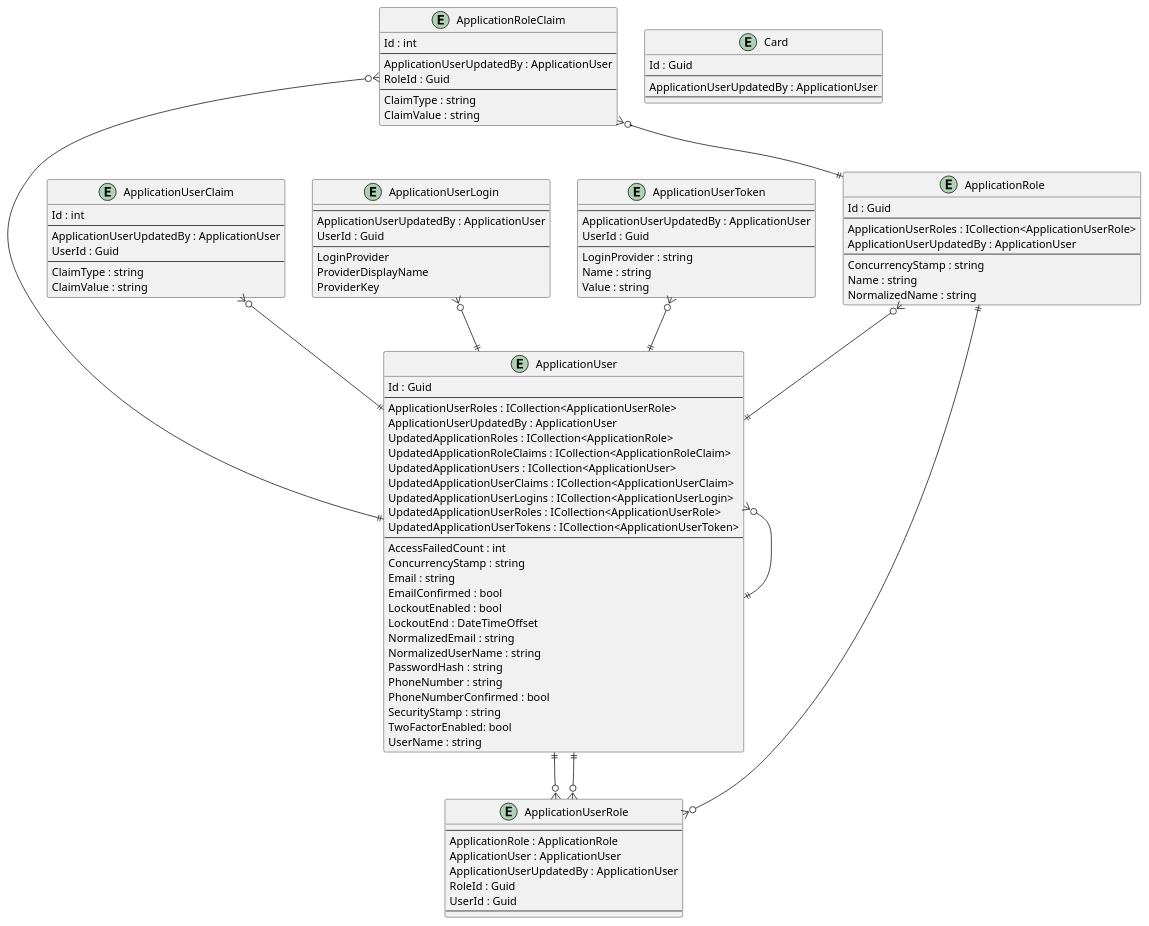
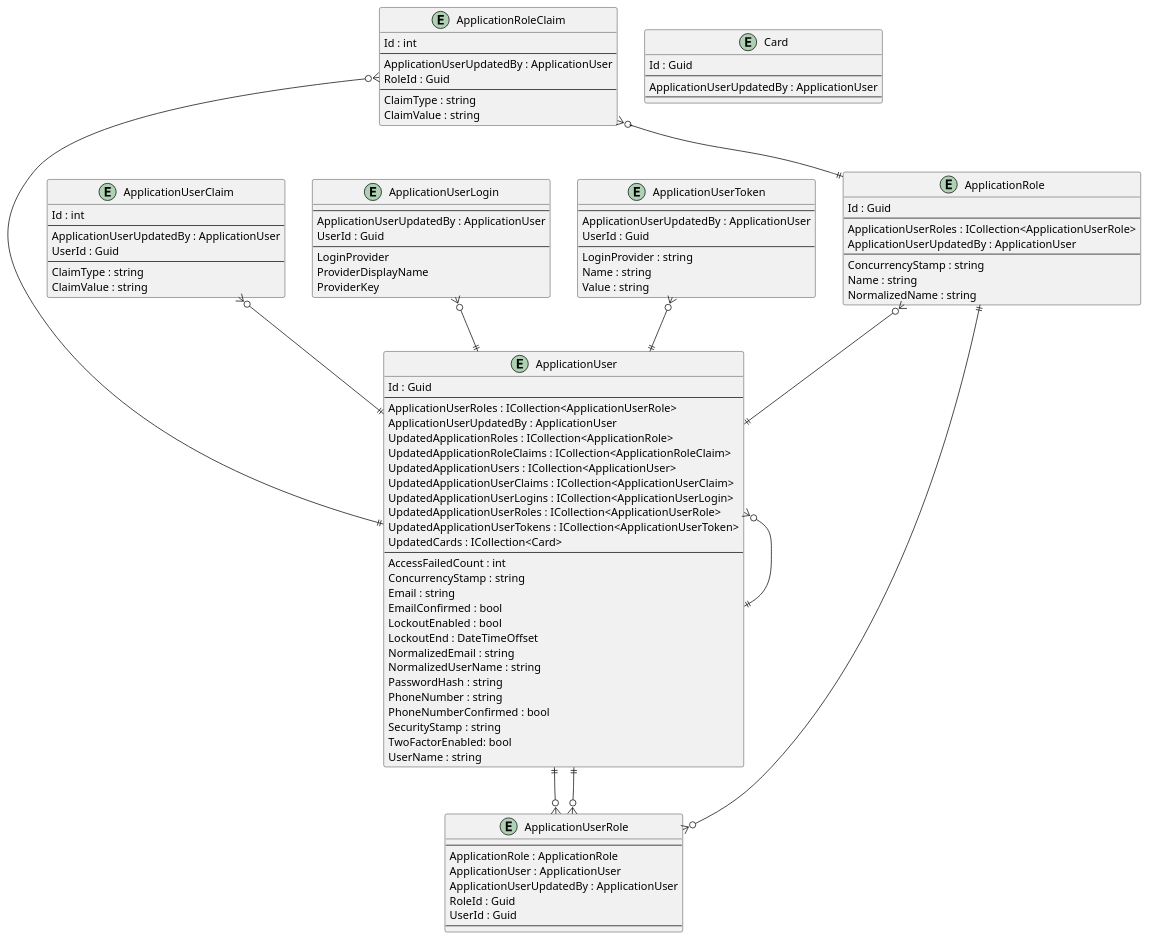
One commit to intrepion/intrepion_klondike-solitaire_csharp changed the diagram in .docs/Intrepion.KlondikeSolitaire.pu. Above: the diagram before and after it, drawn with PlantUML.

```diff
--- a/.docs/Intrepion.KlondikeSolitaire.pu
+++ b/.docs/Intrepion.KlondikeSolitaire.pu
@@ -1,118 +1,119 @@
 @startuml
 
 entity ApplicationRole {
     Id : Guid
     --
     ApplicationUserRoles : ICollection<ApplicationUserRole>
     ApplicationUserUpdatedBy : ApplicationUser
     --
     ConcurrencyStamp : string
     Name : string
     NormalizedName : string
 }
 
 entity ApplicationRoleClaim {
     Id : int
     --
     ApplicationUserUpdatedBy : ApplicationUser
     RoleId : Guid
     --
     ClaimType : string
     ClaimValue : string
 }
 
 entity ApplicationUser {
     Id : Guid
     --
     ApplicationUserRoles : ICollection<ApplicationUserRole>
     ApplicationUserUpdatedBy : ApplicationUser
     UpdatedApplicationRoles : ICollection<ApplicationRole>
     UpdatedApplicationRoleClaims : ICollection<ApplicationRoleClaim>
     UpdatedApplicationUsers : ICollection<ApplicationUser>
     UpdatedApplicationUserClaims : ICollection<ApplicationUserClaim>
     UpdatedApplicationUserLogins : ICollection<ApplicationUserLogin>
     UpdatedApplicationUserRoles : ICollection<ApplicationUserRole>
     UpdatedApplicationUserTokens : ICollection<ApplicationUserToken>
+    UpdatedCards : ICollection<Card>
     ' ApplicationUserKeyCodePlaceholder
     --
     AccessFailedCount : int
     ConcurrencyStamp : string
     Email : string
     EmailConfirmed : bool
     LockoutEnabled : bool
     LockoutEnd : DateTimeOffset
     NormalizedEmail : string
     NormalizedUserName : string
     PasswordHash : string
     PhoneNumber : string
     PhoneNumberConfirmed : bool
     SecurityStamp : string
     TwoFactorEnabled: bool
     UserName : string
 }
 
 entity ApplicationUserClaim {
     Id : int
     --
     ApplicationUserUpdatedBy : ApplicationUser
     UserId : Guid
     --
     ClaimType : string
     ClaimValue : string
 }
 
 entity ApplicationUserLogin {
     --
     ApplicationUserUpdatedBy : ApplicationUser
     UserId : Guid
     --
     LoginProvider
     ProviderDisplayName
     ProviderKey
 }
 
 entity ApplicationUserRole {
     --
     ApplicationRole : ApplicationRole
     ApplicationUser : ApplicationUser
     ApplicationUserUpdatedBy : ApplicationUser
     RoleId : Guid
     UserId : Guid
     --
 }
 
 entity ApplicationUserToken {
     --
     ApplicationUserUpdatedBy : ApplicationUser
     UserId : Guid
     --
     LoginProvider : string
     Name : string
     Value : string
 }
 
 entity Card {
     Id : Guid
     --
     ApplicationUserUpdatedBy : ApplicationUser
     ' CardKeyCodePlaceholder
     --
     ' CardPropertyCodePlaceholder
 }
 
 ' EntityCodePlaceholder
 
 ApplicationRole ||--o{ ApplicationUserRole
 ApplicationRole }o--|| ApplicationUser
 ApplicationRoleClaim }o--|| ApplicationRole
 ApplicationRoleClaim }o--|| ApplicationUser
 ApplicationUser }o--|| ApplicationUser
 ApplicationUser ||--o{ ApplicationUserRole
 ApplicationUserClaim }o--|| ApplicationUser
 ApplicationUserLogin }o--|| ApplicationUser
 ApplicationUserRole }o--|| ApplicationUser
 ApplicationUserToken }o--|| ApplicationUser
 
 ' RelationshipCodePlaceholder
 
 @enduml
```
